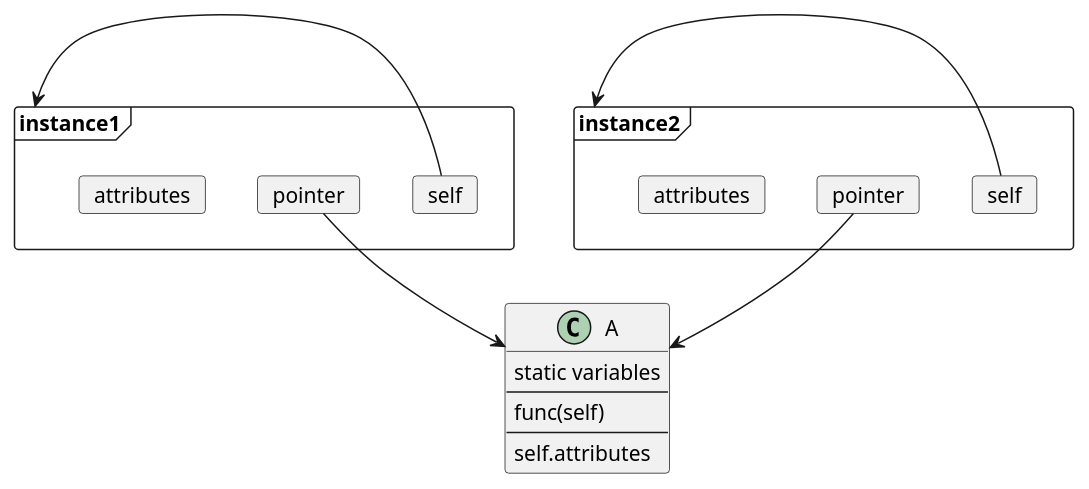
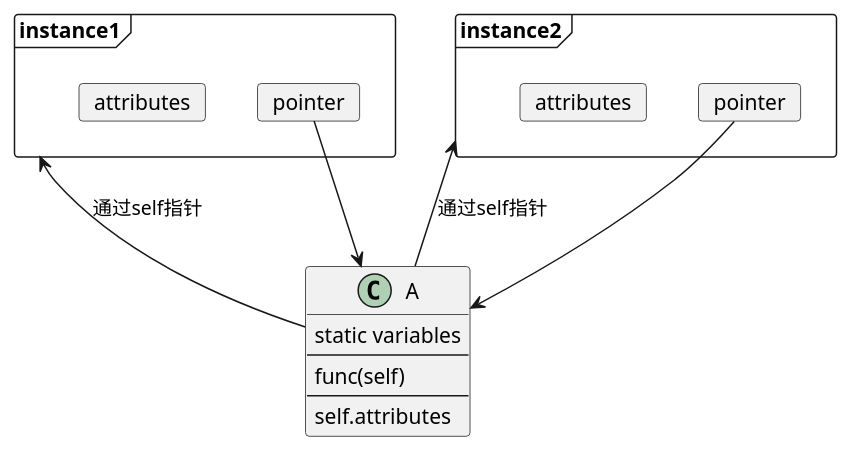
One commit to LiamLea/notes changed the diagram in python/oop.md. Above: the diagram before and after it, drawn with PlantUML. The commit also changed other lines of this file and 20 other files, not shown here.

````diff
--- a/python/oop.md
+++ b/python/oop.md
@@ -6,24 +16,22 @@
 ```plantuml
 Class A{
   static variables
   ---
   func(self)
   ---
   self.attributes
 }
 allowmixing
 frame instance1{
   card "pointer" as p1
   card "attributes" as a1
-  card "self" as s1
 }
 frame instance2{
   card "pointer" as p2
   card "attributes" as a2
-  card "self" as s2
 }
 p1 -d->A
 p2 -d->A
-s1 -> instance1
-s2 -> instance2
+A -> instance1:通过self指针
+A -> instance2:通过self指针
 ```
````
